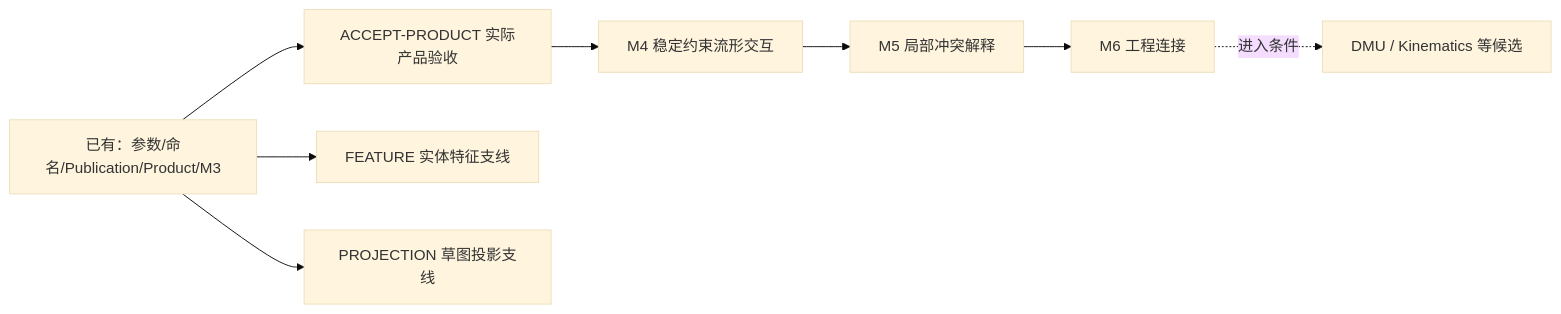
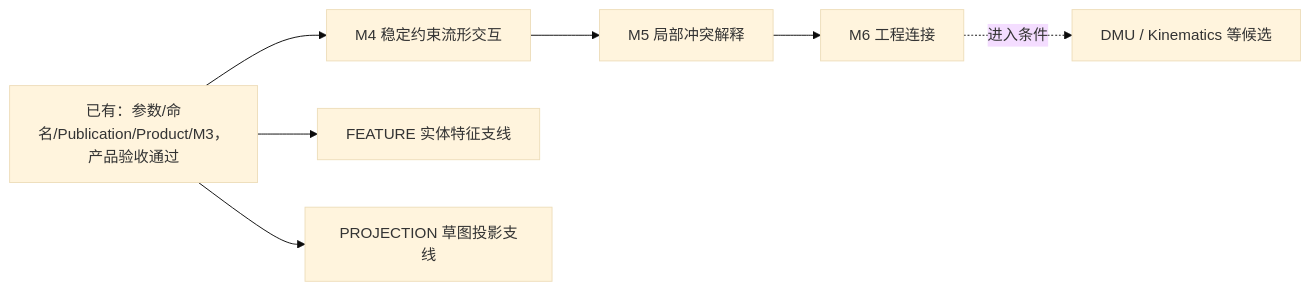
The diagram in plans/README.md (cossoledad/occccad), drawn with Mermaid (base theme) before and after one commit. The commit also changed other lines of this file and 9 other files, not shown here.

Commit message:
ACCEPT-PRODUCT

````diff
--- a/plans/README.md
+++ b/plans/README.md
@@ -9,10 +9,9 @@
 ```mermaid
 flowchart LR
-    Baseline["已有：参数/命名/Publication/Product/M3"] --> Accept["ACCEPT-PRODUCT 实际产品验收"]
-    Accept --> Drag["M4 稳定约束流形交互"]
+    Baseline["已有：参数/命名/Publication/Product/M3，产品验收通过"] --> Drag["M4 稳定约束流形交互"]
     Drag --> Conflict["M5 局部冲突解释"]
     Conflict --> Connection["M6 工程连接"]
     Baseline --> Feature["FEATURE 实体特征支线"]
     Baseline --> Projection["PROJECTION 草图投影支线"]
     Connection -.进入条件.-> Future["DMU / Kinematics 等候选"]
 ```
````
